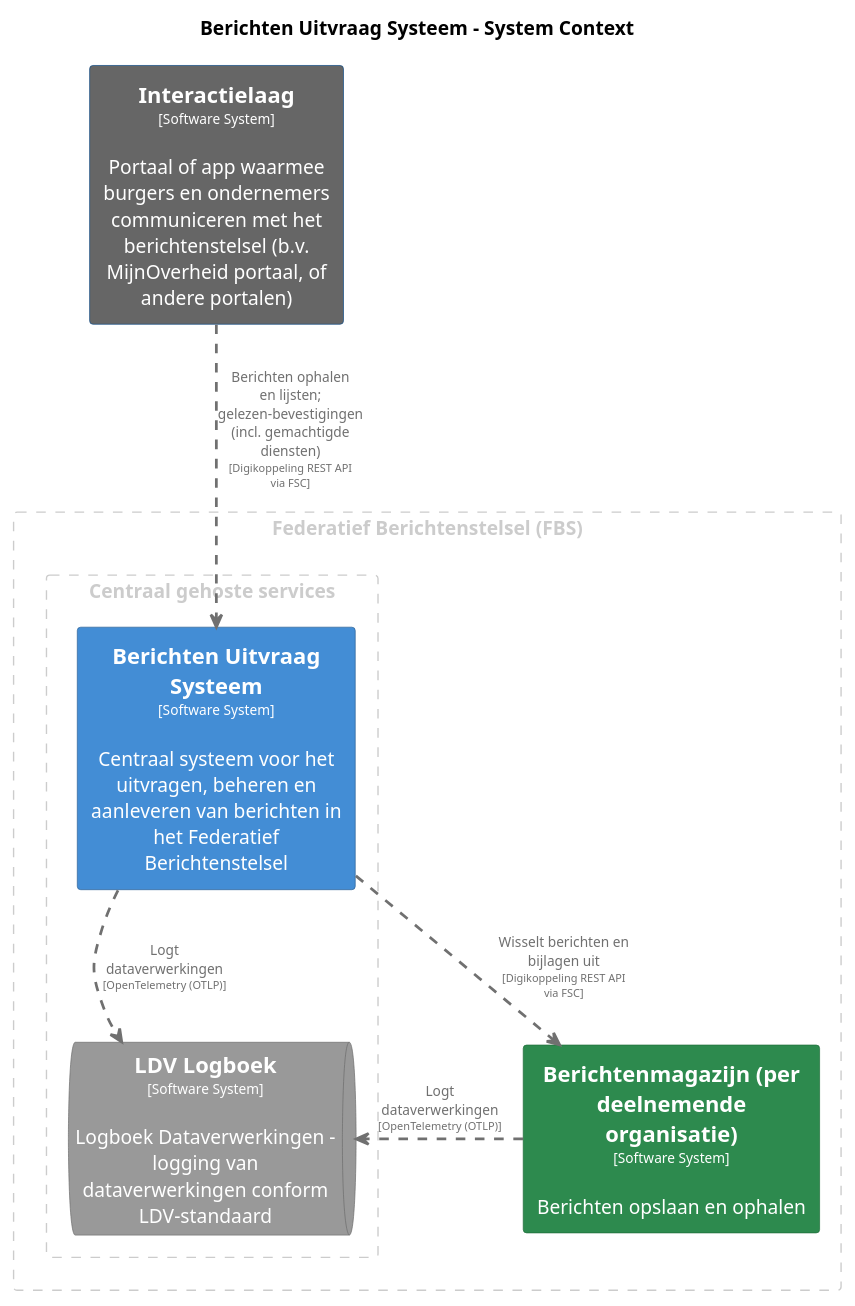
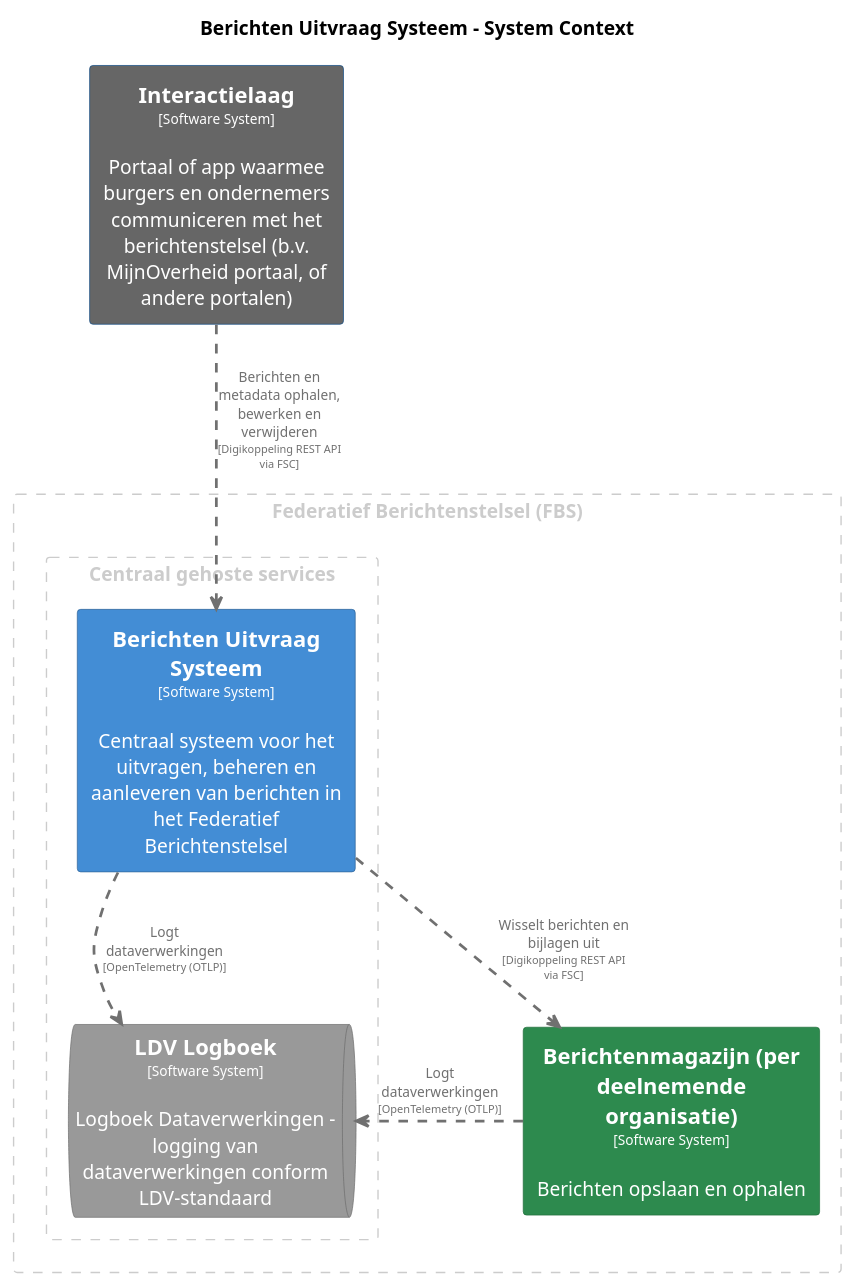
The diagram in pr-preview/pr-22/master/puml/BerichtenUitvraagSysteem.puml (MinBZK/moza-poc-fbs-berichtenbox), drawn with PlantUML before and after one commit. The commit also changed 45 other files, not shown here.

```diff
--- a/pr-preview/pr-22/master/puml/BerichtenUitvraagSysteem.puml
+++ b/pr-preview/pr-22/master/puml/BerichtenUitvraagSysteem.puml
@@ -1,66 +1,66 @@
 @startuml
 set separator none
 title Berichten Uitvraag Systeem - System Context
 
 top to bottom direction
 skinparam ranksep 60
 skinparam nodesep 30
 
 skinparam {
   arrowFontSize 10
   defaultTextAlignment center
   wrapWidth 200
   maxMessageSize 100
 }
 
 hide stereotype
 
 skinparam rectangle<<BerichtenUitvraagSysteem>> {
   BackgroundColor #438dd5
   FontColor #ffffff
   BorderColor #2e6295
   shadowing false
 }
 skinparam rectangle<<Berichtenmagazijnperdeelnemendeorganisatie>> {
   BackgroundColor #2d8a4e
   FontColor #ffffff
   BorderColor #1e6b38
   shadowing false
 }
 skinparam rectangle<<Interactielaag>> {
   BackgroundColor #666666
   FontColor #ffffff
   BorderColor #0b4884
   shadowing false
 }
 skinparam queue<<LDVLogboek>> {
   BackgroundColor #999999
   FontColor #ffffff
   BorderColor #6b6b6b
   shadowing false
 }
 
 rectangle "Federatief Berichtenstelsel (FBS)" <<group1>> as group1 {
   skinparam RectangleBorderColor<<group1>> #cccccc
   skinparam RectangleFontColor<<group1>> #cccccc
   skinparam RectangleBorderStyle<<group1>> dashed
 
   rectangle "==Berichtenmagazijn (per deelnemende organisatie)\n<size:10>[Software System]</size>\n\nBerichten opslaan en ophalen" <<Berichtenmagazijnperdeelnemendeorganisatie>> as Berichtenmagazijnperdeelnemendeorganisatie
     rectangle "Centraal gehoste services" <<group2>> as group2 {
       skinparam RectangleBorderColor<<group2>> #cccccc
       skinparam RectangleFontColor<<group2>> #cccccc
       skinparam RectangleBorderStyle<<group2>> dashed
 
       rectangle "==Berichten Uitvraag Systeem\n<size:10>[Software System]</size>\n\nCentraal systeem voor het uitvragen, beheren en aanleveren van berichten in het Federatief Berichtenstelsel" <<BerichtenUitvraagSysteem>> as BerichtenUitvraagSysteem
       queue "==LDV Logboek\n<size:10>[Software System]</size>\n\nLogboek Dataverwerkingen - logging van dataverwerkingen conform LDV-standaard" <<LDVLogboek>> as LDVLogboek
     }
 
 }
 
 rectangle "==Interactielaag\n<size:10>[Software System]</size>\n\nPortaal of app waarmee burgers en ondernemers communiceren met het berichtenstelsel (b.v. MijnOverheid portaal, of andere portalen)" <<Interactielaag>> as Interactielaag
 
 Berichtenmagazijnperdeelnemendeorganisatie .[#707070,thickness=2].> LDVLogboek : "<color:#707070>Logt dataverwerkingen\n<color:#707070><size:8>[OpenTelemetry (OTLP)]</size>"
 BerichtenUitvraagSysteem .[#707070,thickness=2].> LDVLogboek : "<color:#707070>Logt dataverwerkingen\n<color:#707070><size:8>[OpenTelemetry (OTLP)]</size>"
 BerichtenUitvraagSysteem .[#707070,thickness=2].> Berichtenmagazijnperdeelnemendeorganisatie : "<color:#707070>Wisselt berichten en bijlagen uit\n<color:#707070><size:8>[Digikoppeling REST API via FSC]</size>"
-Interactielaag .[#707070,thickness=2].> BerichtenUitvraagSysteem : "<color:#707070>Berichten ophalen en lijsten; gelezen-bevestigingen (incl. gemachtigde diensten)\n<color:#707070><size:8>[Digikoppeling REST API via FSC]</size>"
+Interactielaag .[#707070,thickness=2].> BerichtenUitvraagSysteem : "<color:#707070>Berichten en metadata ophalen, bewerken en verwijderen\n<color:#707070><size:8>[Digikoppeling REST API via FSC]</size>"
 @enduml
```
